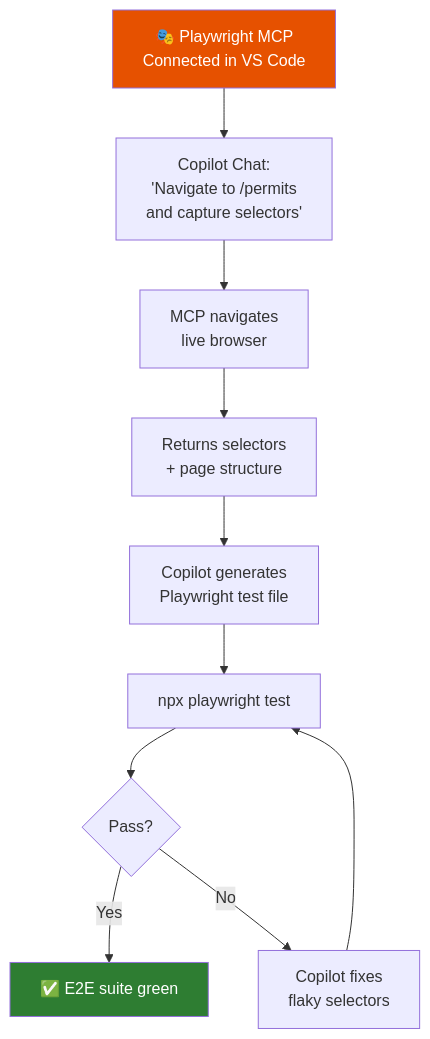
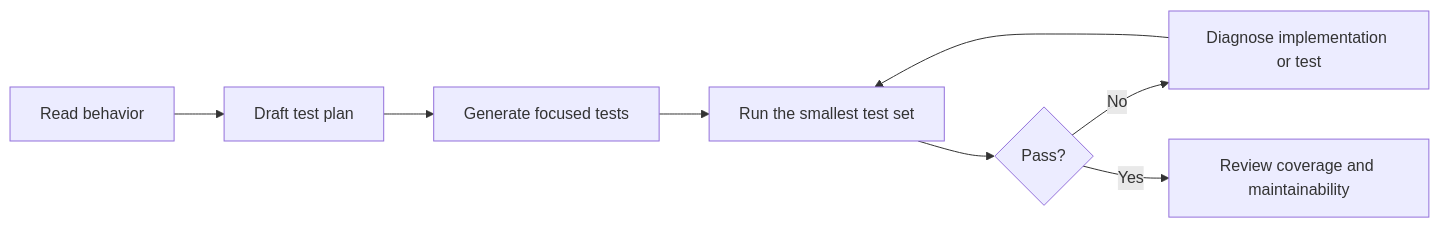
Before and after one commit to haslam93/FY26---Advanced-GitHub-Copilot-Workshop: the diagram in 06-qa-testing/README.md, drawn with Mermaid. The commit also changed other lines of this file and 479 other files, not shown here.

````diff
--- a/06-qa-testing/README.md
+++ b/06-qa-testing/README.md
@@ -95,15 +15,10 @@
 ```mermaid
-flowchart TD
-    A[🎭 Playwright MCP\nConnected in VS Code] --> B[Copilot Chat:\n'Navigate to /permits\nand capture selectors']
-    B --> C[MCP navigates\nlive browser]
-    C --> D[Returns selectors\n+ page structure]
-    D --> E[Copilot generates\nPlaywright test file]
-    E --> F[npx playwright test]
-    F --> G{Pass?}
-    G -- "Yes" --> H[✅ E2E suite green]
-    G -- "No" --> I[Copilot fixes\nflaky selectors]
-    I --> F
-
-    style A fill:#e65100,color:#fff
-    style H fill:#2e7d32,color:#fff
+flowchart LR
+    A[Read behavior] --> B[Draft test plan]
+    B --> C[Generate focused tests]
+    C --> D[Run the smallest test set]
+    D --> E{Pass?}
+    E -- No --> F[Diagnose implementation or test]
+    F --> D
+    E -- Yes --> G[Review coverage and maintainability]
 ```
````
